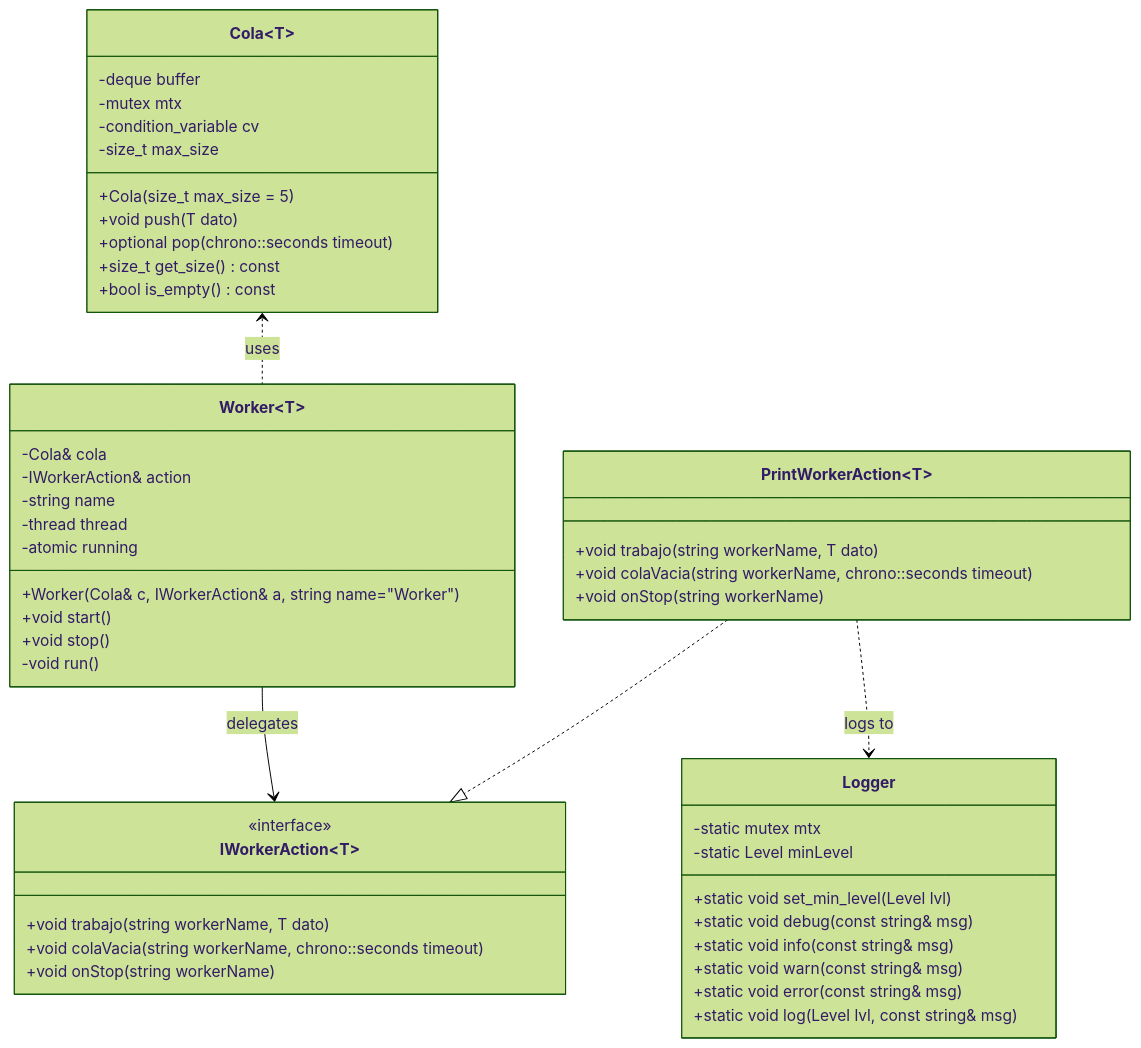
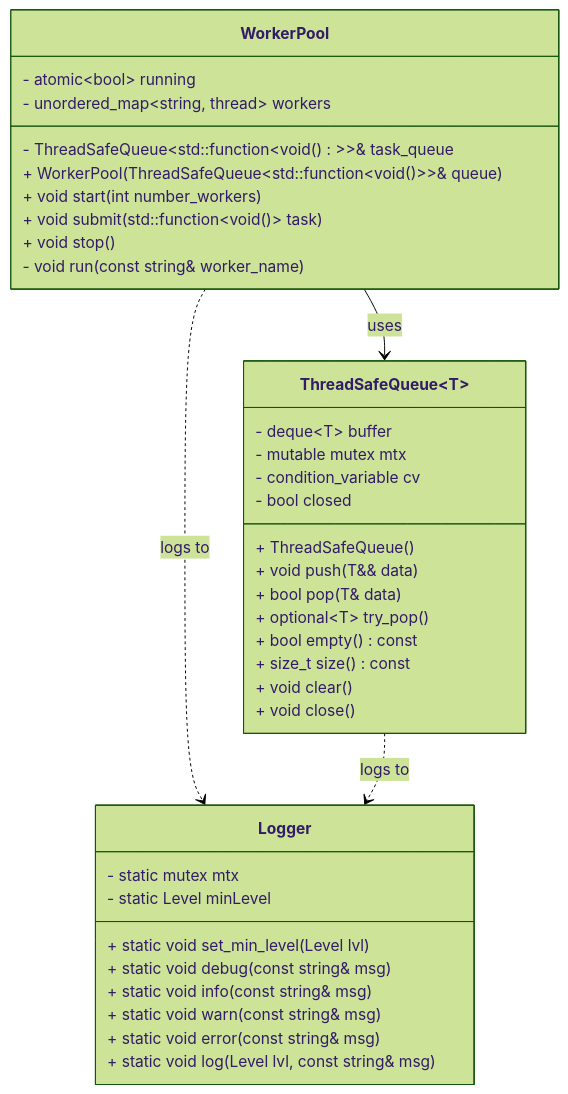
Before and after one commit to sergioguerreroblanco-oss/worker_cola_multithread: the second of 2 diagrams in README.md, drawn with Mermaid (forest theme). The commit also changed other lines of this file, not shown here.

````diff
--- a/README.md
+++ b/README.md
@@ -101,55 +99,45 @@
 ```mermaid
 classDiagram
-    class Cola~T~ {
-        -deque<T> buffer
-        -mutex mtx
-        -condition_variable cv
-        -size_t max_size
-        +Cola(size_t max_size = 5)
-        +void push(T dato)
-        +optional<T> pop(chrono::seconds timeout)
-        +size_t get_size() const
-        +bool is_empty() const
+    class ThreadSafeQueue~T~ {
+        - deque&lt;T&gt; buffer
+        - mutable mutex mtx
+        - condition_variable cv
+        - bool closed
+        + ThreadSafeQueue()
+        + void push(T&amp;&amp; data)
+        + bool pop(T&amp; data)
+        + optional&lt;T&gt; try_pop()
+        + bool empty() const
+        + size_t size() const
+        + void clear()
+        + void close()
     }
 
-    class Worker~T~ {
-        -Cola<T>& cola
-        -IWorkerAction<T>& action
-        -string name
-        -thread thread
-        -atomic<bool> running
-        +Worker(Cola<T>& c, IWorkerAction<T>& a, string name="Worker")
-        +void start()
-        +void stop()
-        -void run()
-    }
-
-    class IWorkerAction~T~ {
-        <<interface>>
-        +void trabajo(string workerName, T dato)
-        +void colaVacia(string workerName, chrono::seconds timeout)
-        +void onStop(string workerName)
-    }
-
-    class PrintWorkerAction~T~ {
-        +void trabajo(string workerName, T dato)
-        +void colaVacia(string workerName, chrono::seconds timeout)
-        +void onStop(string workerName)
+    class WorkerPool {
+        - ThreadSafeQueue&lt;std::function&lt;void()&gt;&gt;&amp; task_queue
+        - atomic&lt;bool&gt; running
+        - unordered_map&lt;string, thread&gt; workers
+        + WorkerPool(ThreadSafeQueue&lt;std::function&lt;void()&gt;&gt;&amp; queue)
+        + void start(int number_workers)
+        + void submit(std::function&lt;void()&gt; task)
+        + void stop()
+        - void run(const string&amp; worker_name)
     }
 
     class Logger {
-        -static mutex mtx
-        -static Level minLevel
-        +static void set_min_level(Level lvl)
-        +static void debug(const string& msg)
-        +static void info(const string& msg)
-        +static void warn(const string& msg)
-        +static void error(const string& msg)
-        +static void log(Level lvl, const string& msg)
+        - static mutex mtx
+        - static Level minLevel
+        + static void set_min_level(Level lvl)
+        + static void debug(const string&amp; msg)
+        + static void info(const string&amp; msg)
+        + static void warn(const string&amp; msg)
+        + static void error(const string&amp; msg)
+        + static void log(Level lvl, const string&amp; msg)
     }
 
-    Cola <.. Worker : uses
-    Worker --> IWorkerAction : delegates
-    PrintWorkerAction ..|> IWorkerAction
-    PrintWorkerAction ..> Logger : logs to
+    %% Relationships
+    WorkerPool --> ThreadSafeQueue : uses
+    WorkerPool ..> Logger : logs to
+    ThreadSafeQueue ..> Logger : logs to
+
 ```
````
